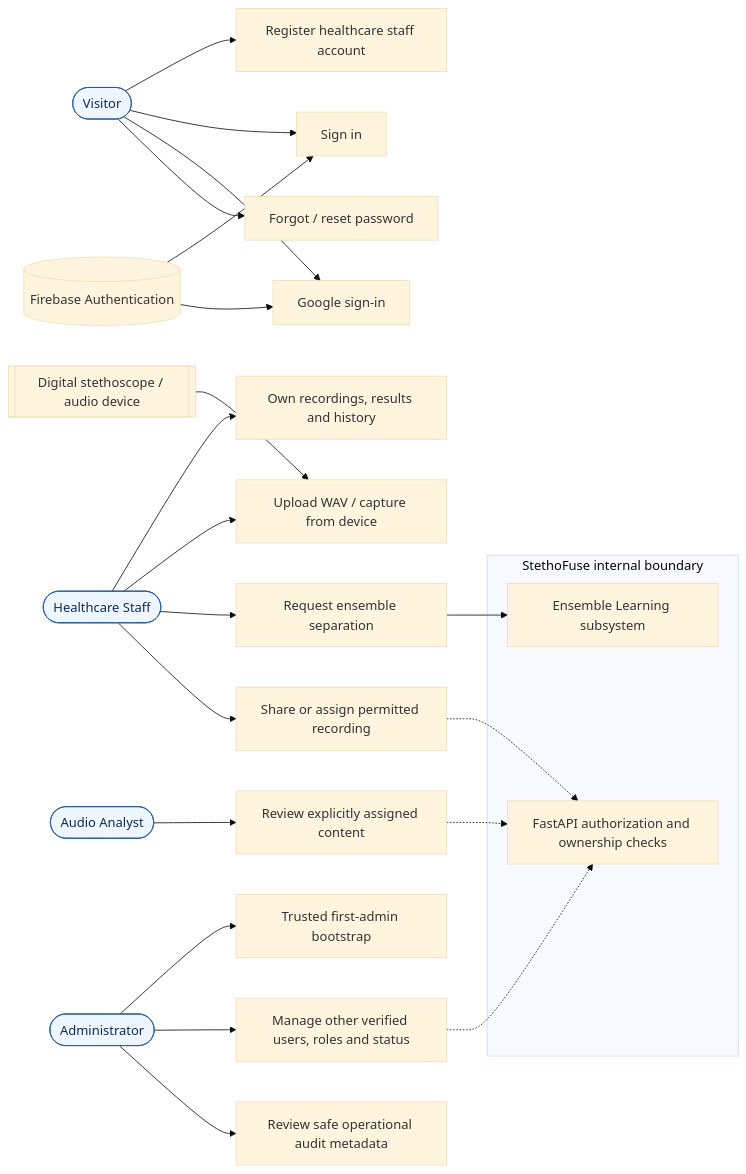
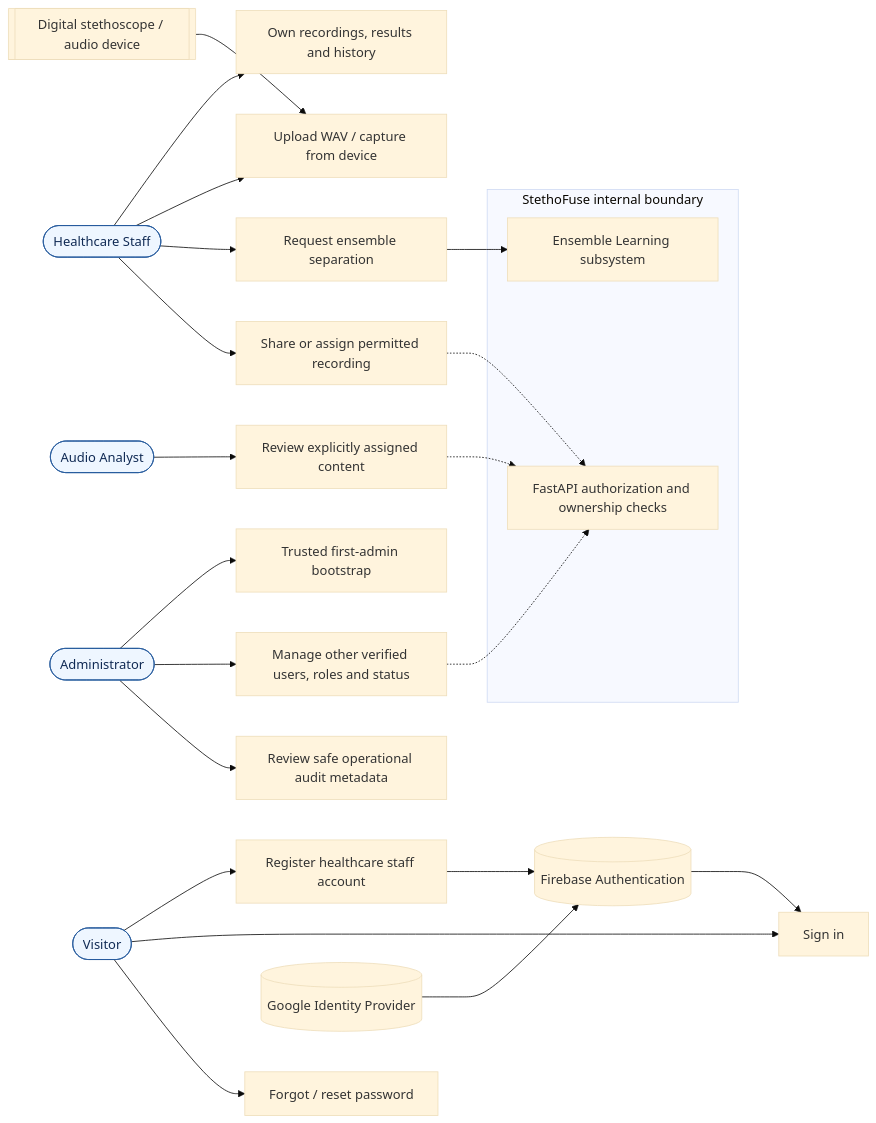
Before and after one commit to ASHRAF-2004/fyp-cardiopulmonary-sound-separation-report: the diagram in fyp2/design/role-use-cases.mmd, drawn with Mermaid (base theme). The commit also changed 4 other files, not shown here.

```diff
--- a/fyp2/design/role-use-cases.mmd
+++ b/fyp2/design/role-use-cases.mmd
@@ -1,32 +1,32 @@
 %% StethoFuse FYP2 role/use-case view. Ensemble Learning is an internal subsystem, not an actor.
 flowchart LR
   Visitor([Visitor]) --> Register[Register healthcare staff account]
   Visitor --> SignIn[Sign in]
-  Visitor --> Google[Google sign-in]
   Visitor --> Recovery[Forgot / reset password]
 
   Staff([Healthcare Staff]) --> Own[Own recordings, results and history]
   Staff --> Capture[Upload WAV / capture from device]
   Staff --> Request[Request ensemble separation]
   Staff --> Share[Share or assign permitted recording]
 
   Analyst([Audio Analyst]) --> Review[Review explicitly assigned content]
   Admin([Administrator]) --> Bootstrap[Trusted first-admin bootstrap]
   Admin --> Manage[Manage other verified users, roles and status]
   Admin --> Audit[Review safe operational audit metadata]
 
   Firebase[(Firebase Authentication)] --> SignIn
-  Firebase --> Google
+  Google[(Google Identity Provider)] --> Firebase
+  Register --> Firebase
   Device[[Digital stethoscope / audio device]] --> Capture
 
   subgraph Internal[StethoFuse internal boundary]
     API[FastAPI authorization and ownership checks]
     Ensemble[Ensemble Learning subsystem]
   end
   Request --> Ensemble
   Manage -.-> API
   Share -.-> API
   Review -.-> API
 
   classDef actor fill:#eef6ff,stroke:#245a9c,color:#102a54;
   class Visitor,Staff,Analyst,Admin actor;
```
